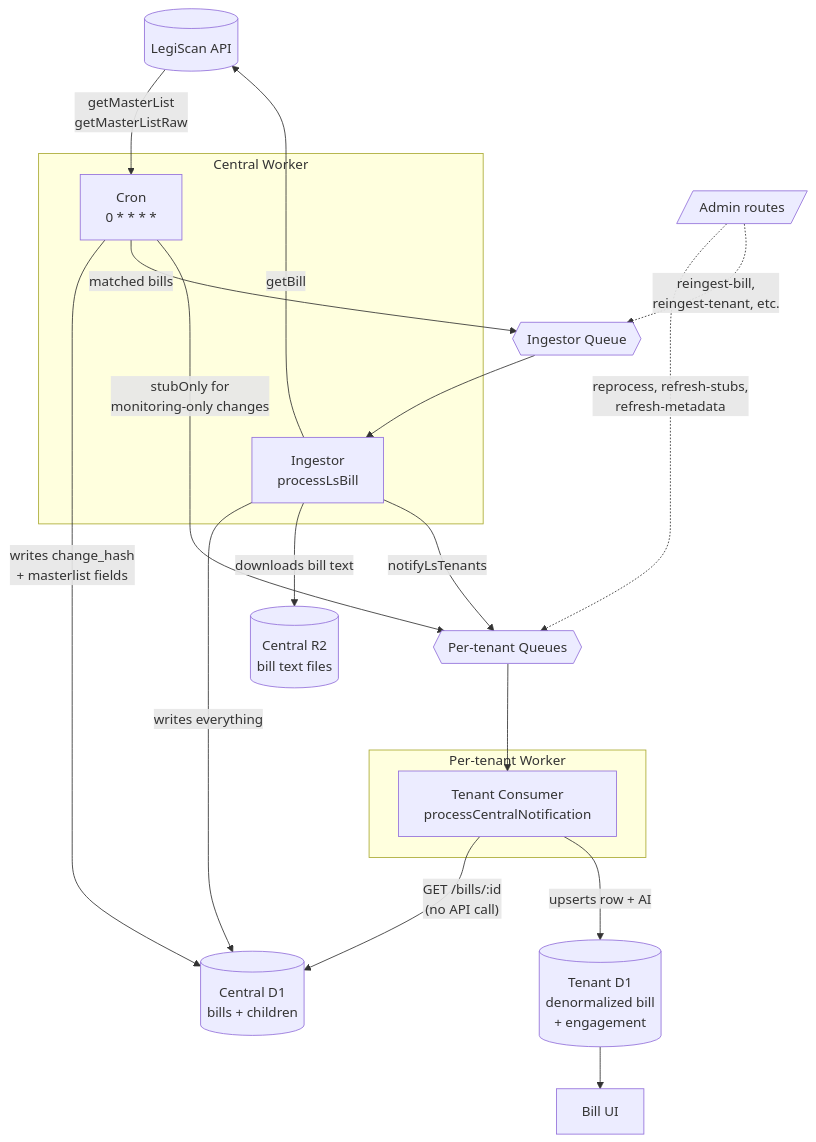
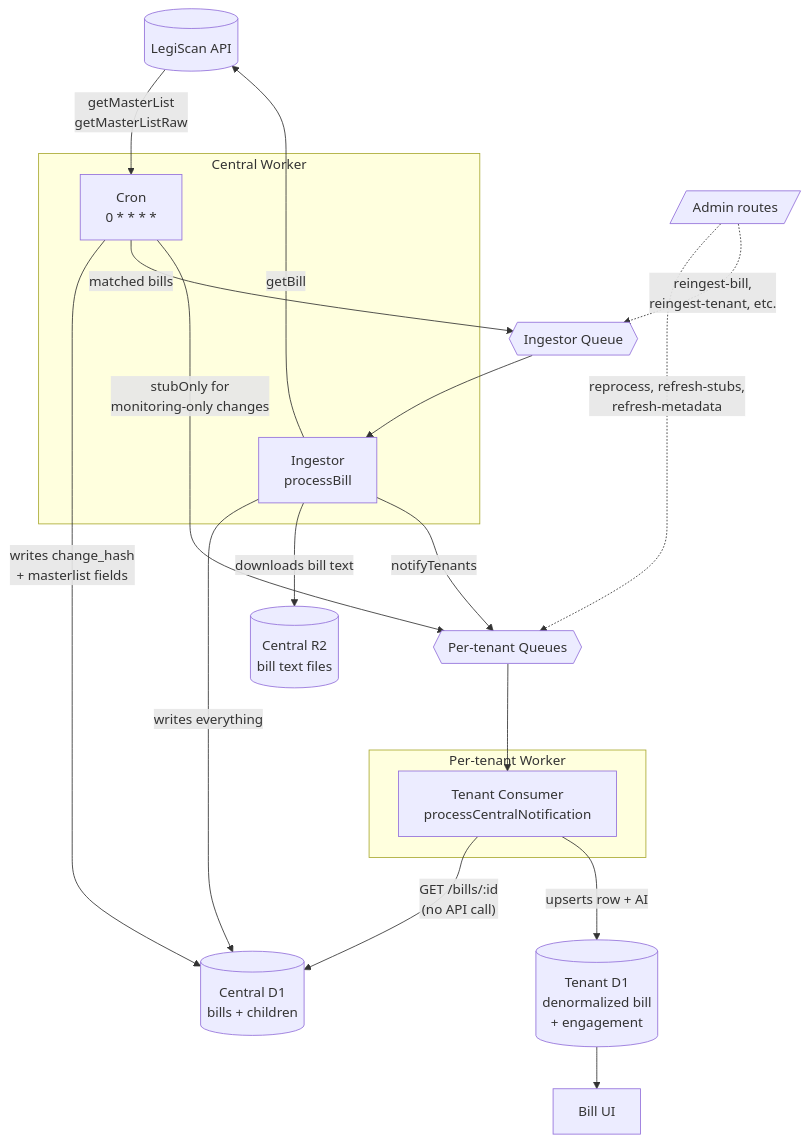
One commit to floorvote/floorvote changed the diagram in docs/content/architecture/index.md. Above: the diagram before and after it, drawn with Mermaid. The commit also changed 4 other files, not shown here.

````diff
--- a/docs/content/architecture/index.md
+++ b/docs/content/architecture/index.md
@@ -9,34 +9,34 @@
 ```mermaid
 flowchart TB
     LS[(LegiScan API)]
     subgraph CENTRAL [Central Worker]
         Cron[Cron<br/>0 * * * *]
-        Ingestor[Ingestor<br/>processLsBill]
+        Ingestor[Ingestor<br/>processBill]
     end
     CentralDB[("Central D1<br/>bills + children")]
     CentralR2[("Central R2<br/>bill text files")]
     IQ{{"Ingestor Queue"}}
     TQ{{"Per-tenant Queues"}}
     subgraph TENANT [Per-tenant Worker]
         TenantProc[Tenant Consumer<br/>processCentralNotification]
     end
     TenantDB[("Tenant D1<br/>denormalized bill<br/>+ engagement")]
     UI[Bill UI]
     Admin[/Admin routes/]
 
     LS -->|"getMasterList<br/>getMasterListRaw"| Cron
     Cron -->|"writes change_hash<br/>+ masterlist fields"| CentralDB
     Cron -->|"matched bills"| IQ
     Cron -->|"stubOnly for<br/>monitoring-only changes"| TQ
     IQ --> Ingestor
     Ingestor -->|"getBill"| LS
     Ingestor -->|"writes everything"| CentralDB
     Ingestor -->|"downloads bill text"| CentralR2
-    Ingestor -->|"notifyLsTenants"| TQ
+    Ingestor -->|"notifyTenants"| TQ
     TQ --> TenantProc
     TenantProc -->|"GET /bills/:id<br/>(no API call)"| CentralDB
     TenantProc -->|"upserts row + AI"| TenantDB
     TenantDB --> UI
     Admin -.->|"reprocess, refresh-stubs,<br/>refresh-metadata"| TQ
     Admin -.->|"reingest-bill,<br/>reingest-tenant, etc."| IQ
 ```
````
